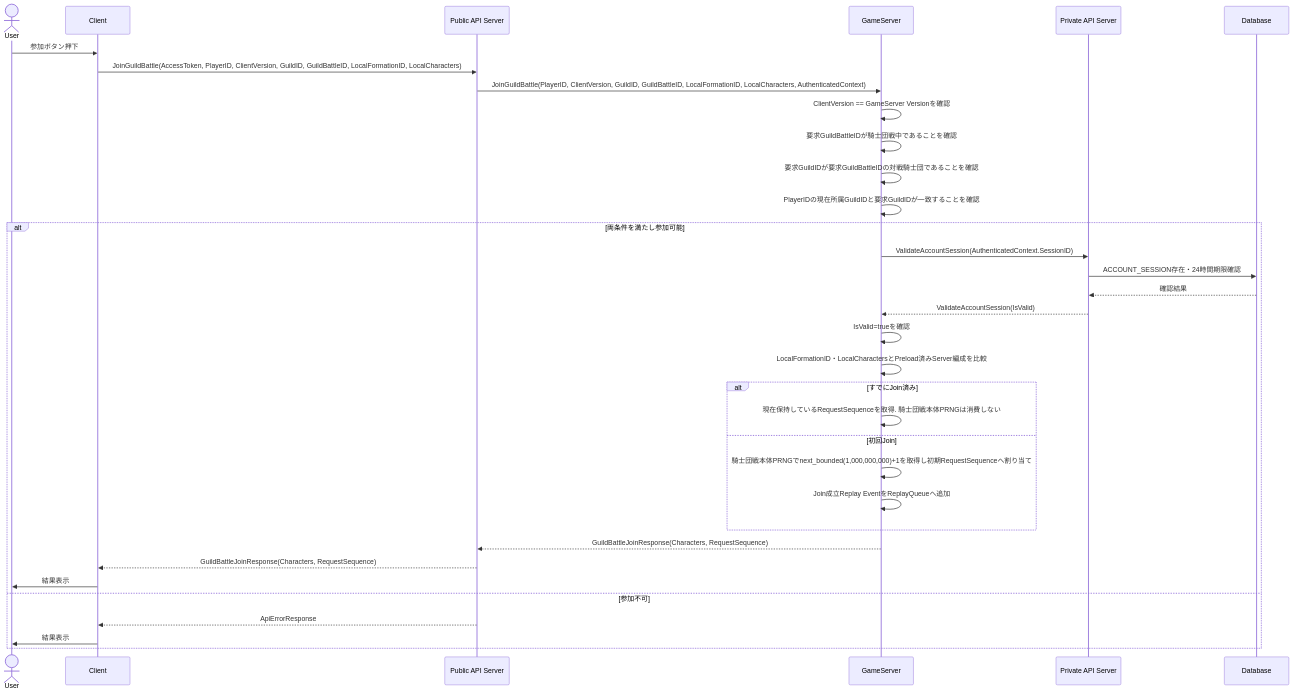
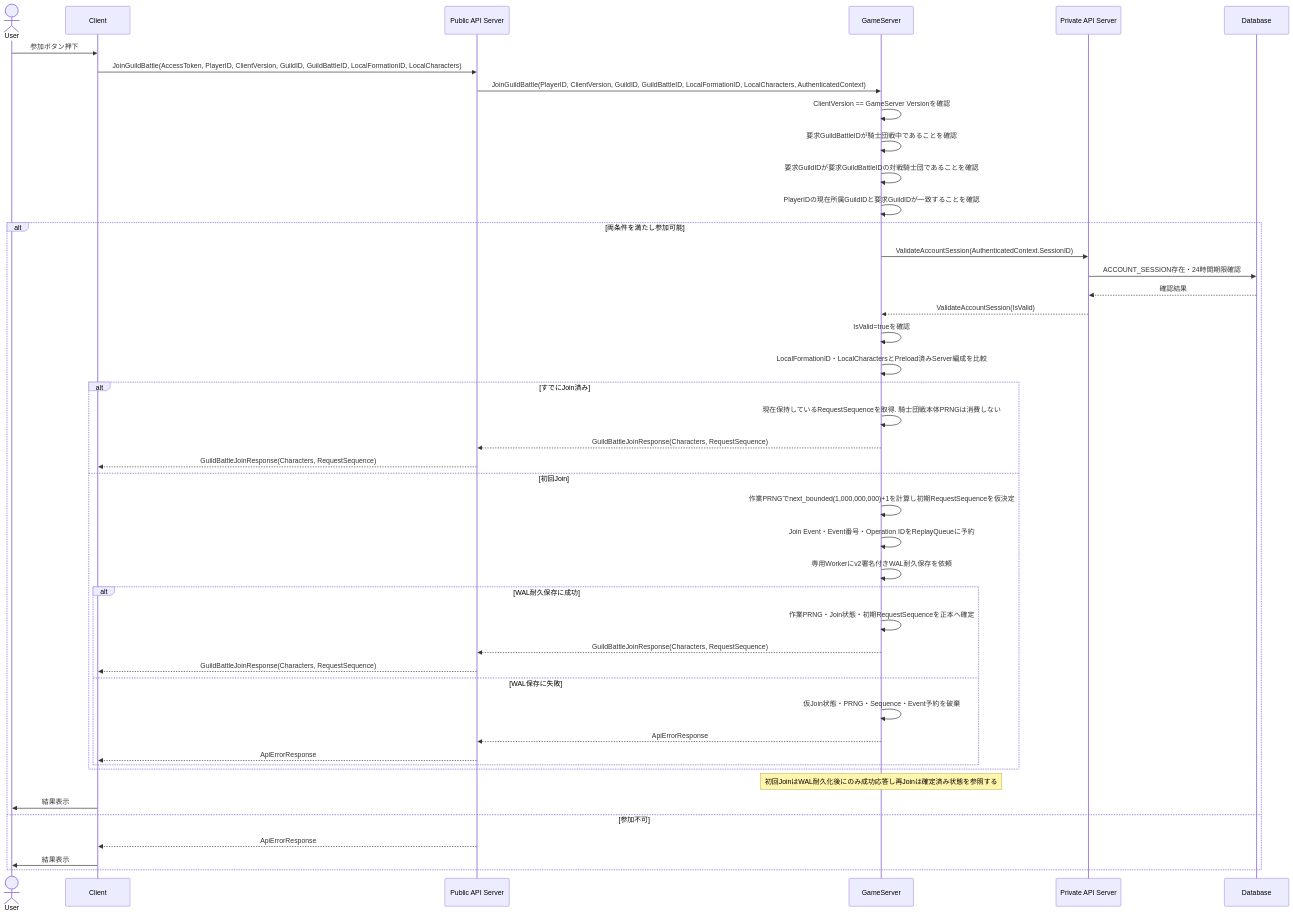
One commit to ReHydrangeaOdyssey/Specifications changed the second of 14 diagrams in design/server/guild_battle.md. Above: the diagram before and after it, drawn with Mermaid. The commit also changed other lines of this file and 8 other files, not shown here.

````diff
--- a/design/server/guild_battle.md
+++ b/design/server/guild_battle.md
@@ -39,39 +39,50 @@
 ```mermaid
 sequenceDiagram
     actor User
     participant Client
     participant PublicAPIServer as Public API Server
     participant GameServer
     participant PrivateAPIServer as Private API Server
     participant Database
 
     User ->> Client: 参加ボタン押下
     Client ->> PublicAPIServer: JoinGuildBattle(AccessToken, PlayerID, ClientVersion, GuildID, GuildBattleID, LocalFormationID, LocalCharacters)
     PublicAPIServer ->> GameServer: JoinGuildBattle(PlayerID, ClientVersion, GuildID, GuildBattleID, LocalFormationID, LocalCharacters, AuthenticatedContext)
     GameServer ->> GameServer: ClientVersion == GameServer Versionを確認
     GameServer ->> GameServer: 要求GuildBattleIDが騎士団戦中であることを確認
     GameServer ->> GameServer: 要求GuildIDが要求GuildBattleIDの対戦騎士団であることを確認
     GameServer ->> GameServer: PlayerIDの現在所属GuildIDと要求GuildIDが一致することを確認
 
     alt 両条件を満たし参加可能
         GameServer ->> PrivateAPIServer: ValidateAccountSession(AuthenticatedContext.SessionID)
         PrivateAPIServer ->> Database: ACCOUNT_SESSION存在・24時間期限確認
         Database -->> PrivateAPIServer: 確認結果
         PrivateAPIServer -->> GameServer: ValidateAccountSession(IsValid)
         GameServer->>GameServer: IsValid=trueを確認
         GameServer->>GameServer: LocalFormationID・LocalCharactersとPreload済みServer編成を比較
         alt すでにJoin済み
             GameServer->>GameServer: 現在保持しているRequestSequenceを取得. 騎士団戦本体PRNGは消費しない
+            GameServer -->> PublicAPIServer: GuildBattleJoinResponse(Characters, RequestSequence)
+            PublicAPIServer -->> Client: GuildBattleJoinResponse(Characters, RequestSequence)
         else 初回Join
-            GameServer->>GameServer: 騎士団戦本体PRNGでnext_bounded(1,000,000,000)+1を取得し初期RequestSequenceへ割り当て
-            GameServer->>GameServer: Join成立Replay EventをReplayQueueへ追加
+            GameServer->>GameServer: 作業PRNGでnext_bounded(1,000,000,000)+1を計算し初期RequestSequenceを仮決定
+            GameServer->>GameServer: Join Event・Event番号・Operation IDをReplayQueueに予約
+            GameServer->>GameServer: 専用Workerにv2署名付きWAL耐久保存を依頼
+            alt WAL耐久保存に成功
+                GameServer->>GameServer: 作業PRNG・Join状態・初期RequestSequenceを正本へ確定
+                GameServer -->> PublicAPIServer: GuildBattleJoinResponse(Characters, RequestSequence)
+                PublicAPIServer -->> Client: GuildBattleJoinResponse(Characters, RequestSequence)
+            else WAL保存に失敗
+                GameServer->>GameServer: 仮Join状態・PRNG・Sequence・Event予約を破棄
+                GameServer-->>PublicAPIServer: ApiErrorResponse
+                PublicAPIServer-->>Client: ApiErrorResponse
+            end
         end
-        GameServer -->> PublicAPIServer: GuildBattleJoinResponse(Characters, RequestSequence)
-        PublicAPIServer -->> Client: GuildBattleJoinResponse(Characters, RequestSequence)
+        Note over GameServer: 初回JoinはWAL耐久化後にのみ成功応答し再Joinは確定済み状態を参照する
         Client ->> User: 結果表示
     else 参加不可
         PublicAPIServer -->> Client: ApiErrorResponse
         Client ->> User: 結果表示
     end
 
 ```
````
